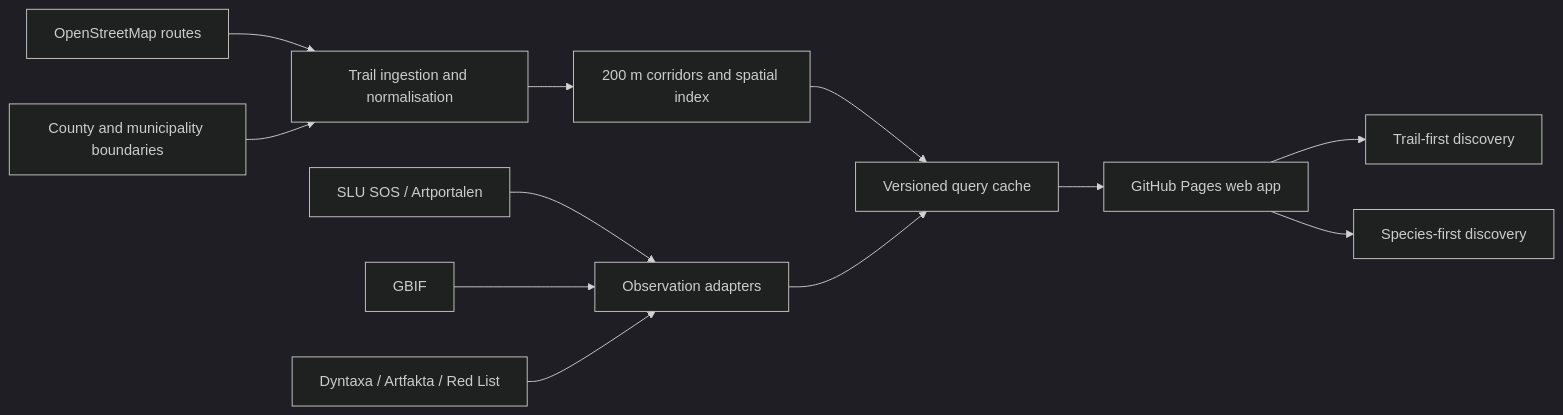
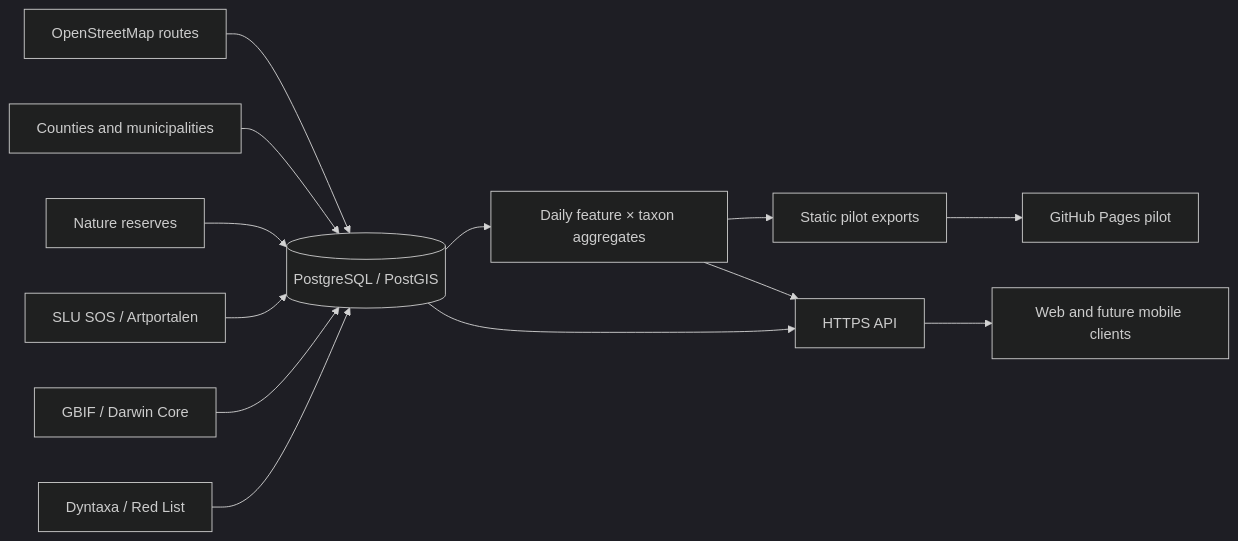
The diagram in README.md (JakubPelka/VildaLeder), drawn with Mermaid (dark theme) before and after one commit. The commit also changed other lines of this file and 984 other files, not shown here.

Commit message:
feat: scale Halmstad data and add PostGIS foundation

````diff
--- a/README.md
+++ b/README.md
@@ -140,16 +172,15 @@
 ```mermaid
 flowchart LR
-    OSM[OpenStreetMap routes] --> Trails[Trail ingestion and normalisation]
-    Admin[County and municipality boundaries] --> Trails
-    Trails --> Spatial[200 m corridors and spatial index]
-
-    SOS[SLU SOS / Artportalen] --> Obs[Observation adapters]
-    GBIF[GBIF] --> Obs
-    Taxa[Dyntaxa / Artfakta / Red List] --> Obs
-
-    Spatial --> Cache[Versioned query cache]
-    Obs --> Cache
-    Cache --> Web[GitHub Pages web app]
-    Web --> JourneyA[Trail-first discovery]
-    Web --> JourneyB[Species-first discovery]
+    OSM[OpenStreetMap routes] --> DB[(PostgreSQL / PostGIS)]
+    Admin[Counties and municipalities] --> DB
+    Reserves[Nature reserves] --> DB
+    SOS[SLU SOS / Artportalen] --> DB
+    GBIF[GBIF / Darwin Core] --> DB
+    Taxa[Dyntaxa / Red List] --> DB
+    DB --> Daily[Daily feature × taxon aggregates]
+    Daily --> Export[Static pilot exports]
+    Daily --> API[HTTPS API]
+    DB --> API
+    Export --> Web[GitHub Pages pilot]
+    API --> Clients[Web and future mobile clients]
 ```
````
